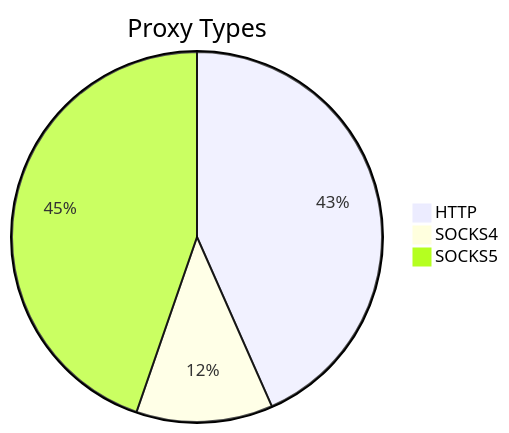
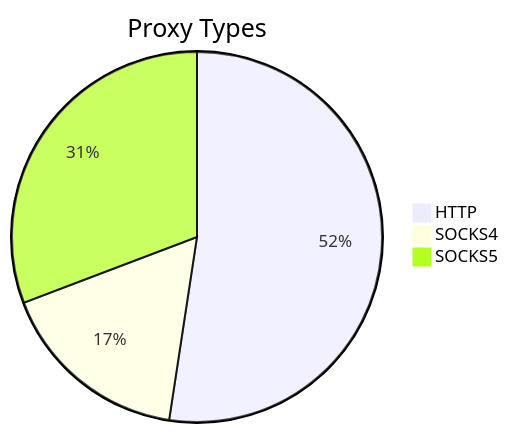
Before and after one commit to stormsia/proxy-list: the first of 2 diagrams in README.md, drawn with Mermaid. The commit also changed other lines of this file, not shown here.

````diff
--- a/README.md
+++ b/README.md
@@ -21,6 +21,6 @@
 ```mermaid
 pie title Proxy Types
-    "HTTP" : 131
-    "SOCKS4" : 36
-    "SOCKS5" : 135
+    "HTTP" : 109
+    "SOCKS4" : 35
+    "SOCKS5" : 64
 ```
````
